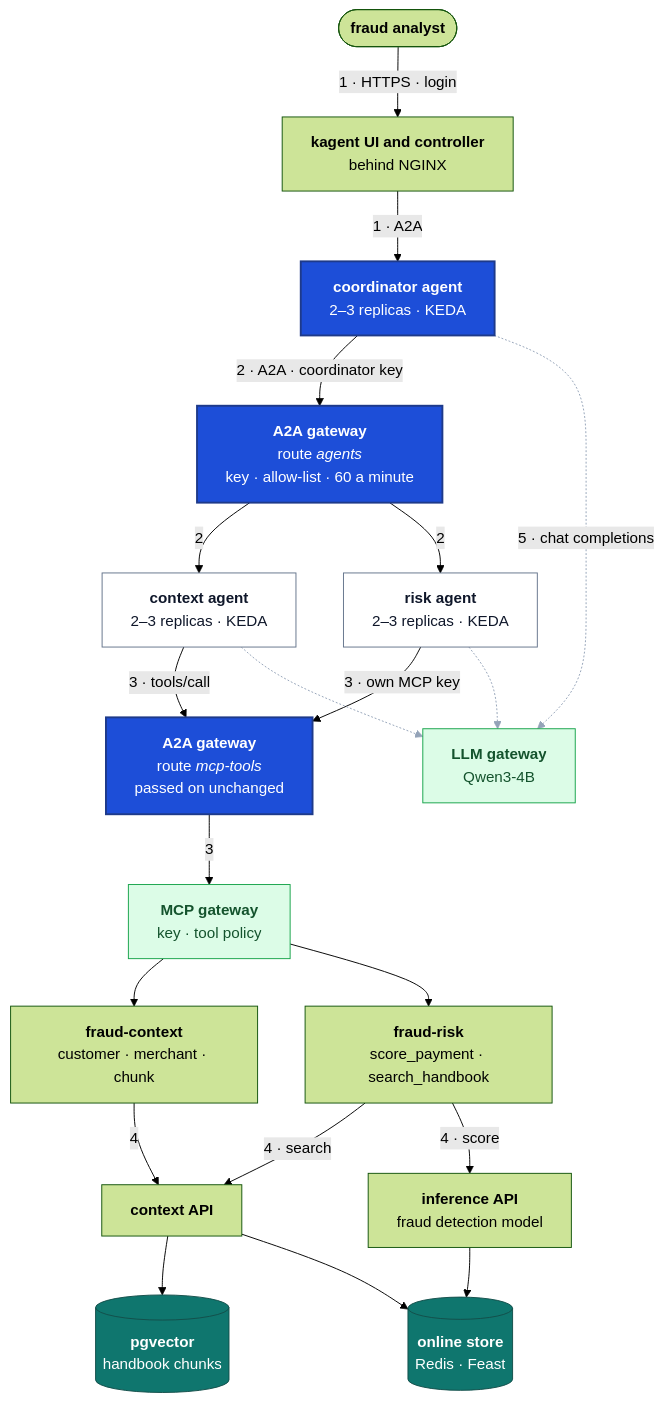
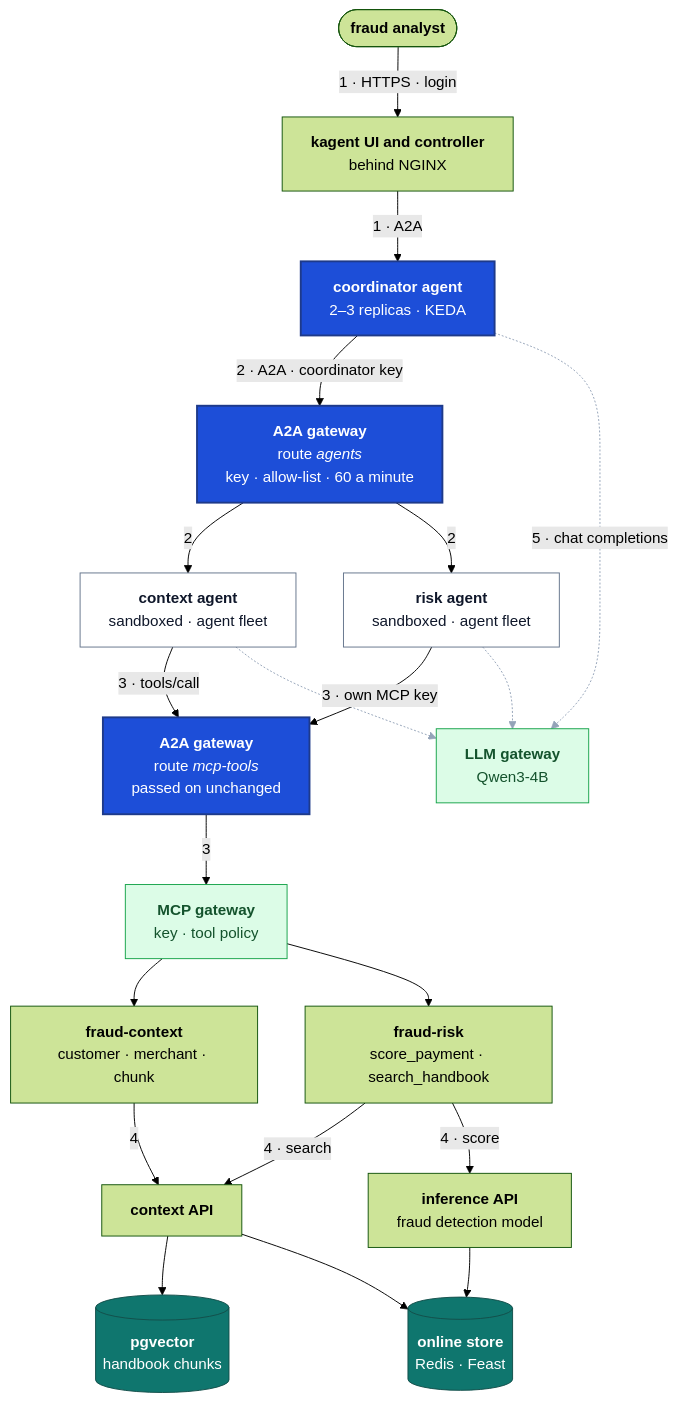
One commit to hiendat04/fraudstream changed the diagram in docs/llm/33_risk_agent_and_coordinator.md. Above: the diagram before and after it, drawn with Mermaid (forest theme). The commit also changed other lines of this file and 13 other files, not shown here.

First line of the commit message:
docs(agents): the sandboxed agent fleet

````diff
--- a/docs/llm/33_risk_agent_and_coordinator.md
+++ b/docs/llm/33_risk_agent_and_coordinator.md
@@ -11,36 +11,36 @@
 ```mermaid
 flowchart TB
     AN(["<b>fraud analyst</b>"]) -- "1 · HTTPS · login" --> UI["<b>kagent UI and controller</b><br/>behind NGINX"]
     UI -- "1 · A2A" --> CO["<b>coordinator agent</b><br/>2–3 replicas · KEDA"]
 
     CO -- "2 · A2A · coordinator key" --> RA["<b>A2A gateway</b><br/>route <i>agents</i><br/>key · allow-list · 60 a minute"]
-    RA -- "2" --> CX["<b>context agent</b><br/>2–3 replicas · KEDA"]
-    RA -- "2" --> RK["<b>risk agent</b><br/>2–3 replicas · KEDA"]
+    RA -- "2" --> CX["<b>context agent</b><br/>sandboxed · agent fleet"]
+    RA -- "2" --> RK["<b>risk agent</b><br/>sandboxed · agent fleet"]
 
     CX -- "3 · tools/call" --> RM["<b>A2A gateway</b><br/>route <i>mcp-tools</i><br/>passed on unchanged"]
     RK -- "3 · own MCP key" --> RM
     RM -- "3" --> MG["<b>MCP gateway</b><br/>key · tool policy"]
 
     MG --> FC["<b>fraud-context</b><br/>customer · merchant · chunk"]
     MG --> FR["<b>fraud-risk</b><br/>score_payment · search_handbook"]
     FC -- "4" --> CAPI["<b>context API</b>"]
     FR -- "4 · search" --> CAPI
     FR -- "4 · score" --> IAPI["<b>inference API</b><br/>fraud detection model"]
     CAPI --> PG[("<b>pgvector</b><br/>handbook chunks")]
     CAPI --> RD[("<b>online store</b><br/>Redis · Feast")]
     IAPI --> RD
 
     CO -. "5 · chat completions" .-> LG
     CX -.-> LG
     RK -.-> LG["<b>LLM gateway</b><br/>Qwen3-4B"]
 
     classDef key fill:#1d4ed8,stroke:#1e3a8a,stroke-width:2px,color:#ffffff
     classDef store fill:#0f766e,stroke:#134e4a,color:#ffffff
     classDef agent fill:#ffffff,stroke:#64748b,color:#0f172a
     classDef gateway fill:#dcfce7,stroke:#16a34a,color:#14532d
     class CO,RA,RM key
     class CX,RK agent
     class MG,LG gateway
     class RD,PG store
     linkStyle 16,17,18 stroke:#94a3b8
 ```
````
